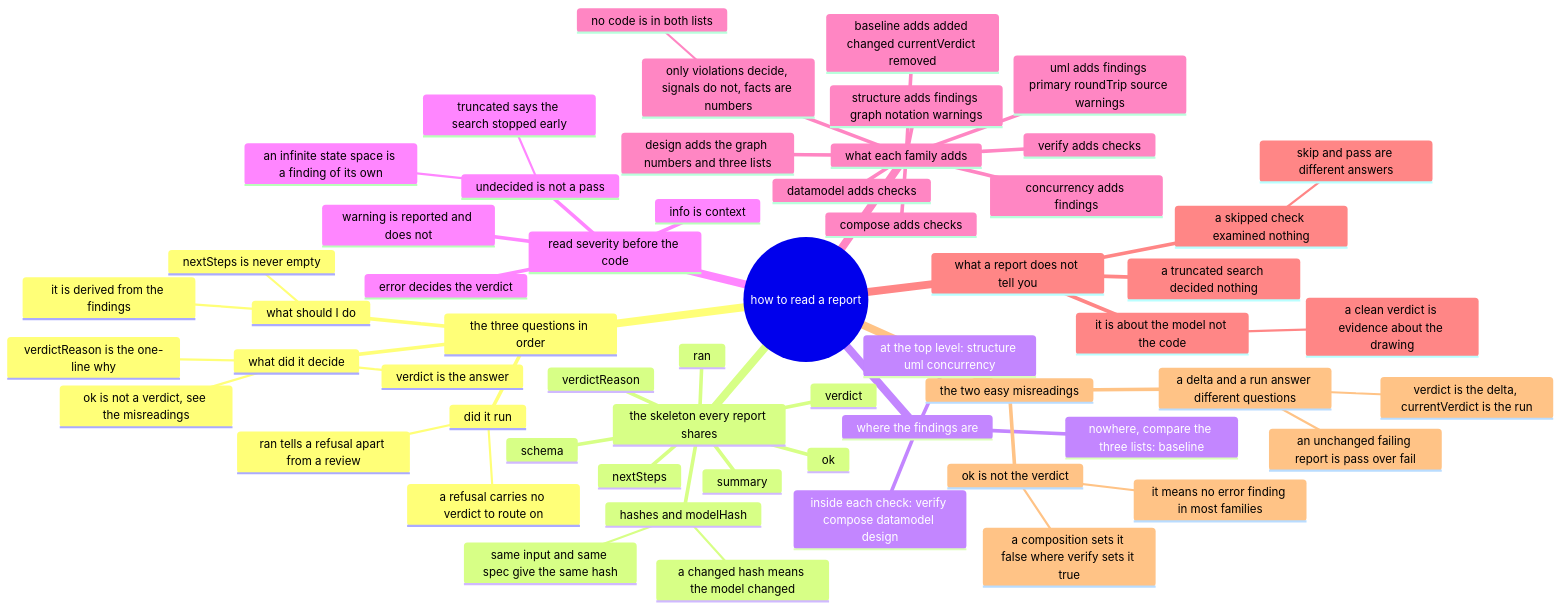
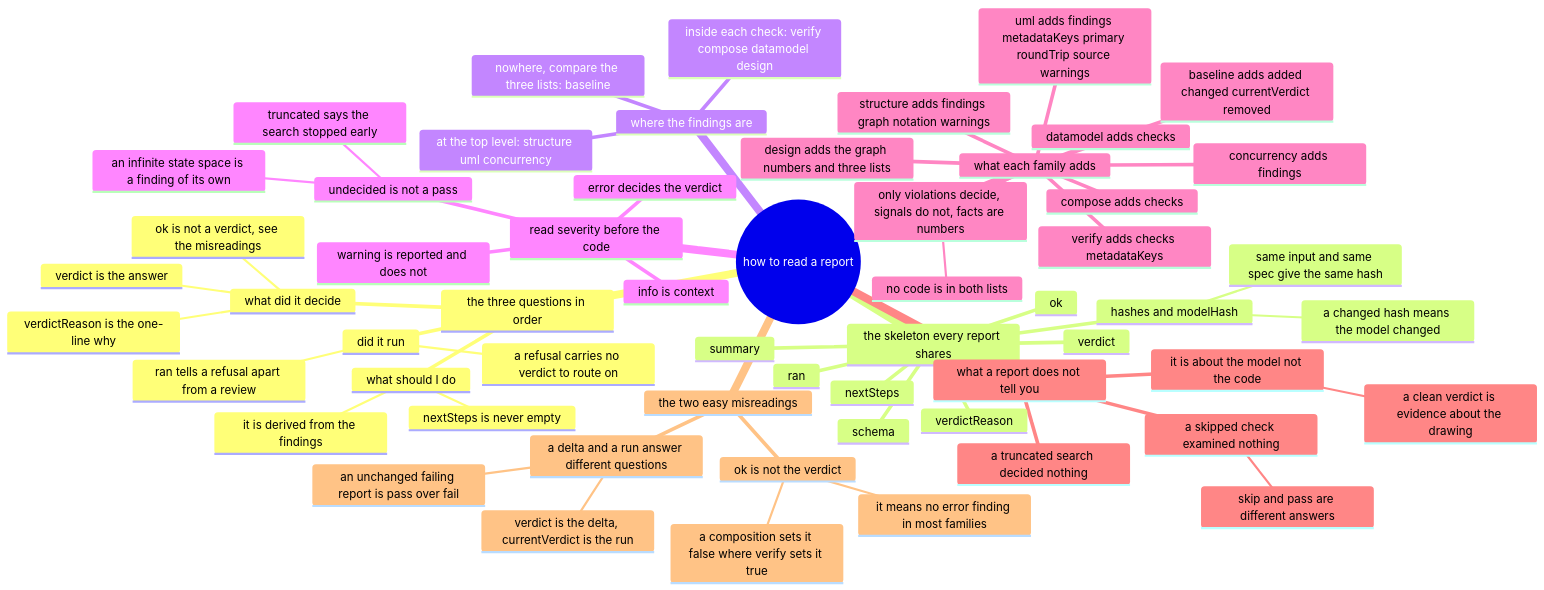
Before and after one commit to AmethystLuna/dsh-model-everything: the diagram in docs/report-reading/mindmap.mmd, drawn with Mermaid. The commit also changed 14 other files, not shown here.

```diff
--- a/docs/report-reading/mindmap.mmd
+++ b/docs/report-reading/mindmap.mmd
@@ -1,59 +1,59 @@
 mindmap
 root((how to read a report))
   the three questions in order
     did it run
       ran tells a refusal apart from a review
       a refusal carries no verdict to route on
     what did it decide
       verdict is the answer
       ok is not a verdict, see the misreadings
       verdictReason is the one-line why
     what should I do
       nextSteps is never empty
       it is derived from the findings
   the skeleton every report shares
     ok
     ran
     verdict
     verdictReason
     schema
     summary
     nextSteps
     hashes and modelHash
       same input and same spec give the same hash
       a changed hash means the model changed
   where the findings are
     inside each check: verify compose datamodel design
     at the top level: structure uml concurrency
     nowhere, compare the three lists: baseline
   read severity before the code
     error decides the verdict
     warning is reported and does not
     info is context
     undecided is not a pass
       truncated says the search stopped early
       an infinite state space is a finding of its own
   what each family adds
-    verify adds checks
+    verify adds checks metadataKeys
     compose adds checks
     datamodel adds checks
     design adds the graph numbers and three lists
     structure adds findings graph notation warnings
-    uml adds findings primary roundTrip source warnings
+    uml adds findings metadataKeys primary roundTrip source warnings
     concurrency adds findings
     baseline adds added changed currentVerdict removed
     only violations decide, signals do not, facts are numbers
       no code is in both lists
   what a report does not tell you
     it is about the model not the code
       a clean verdict is evidence about the drawing
     a truncated search decided nothing
     a skipped check examined nothing
       skip and pass are different answers
   the two easy misreadings
     ok is not the verdict
       it means no error finding in most families
       a composition sets it false where verify sets it true
     a delta and a run answer different questions
       verdict is the delta, currentVerdict is the run
       an unchanged failing report is pass over fail
```
